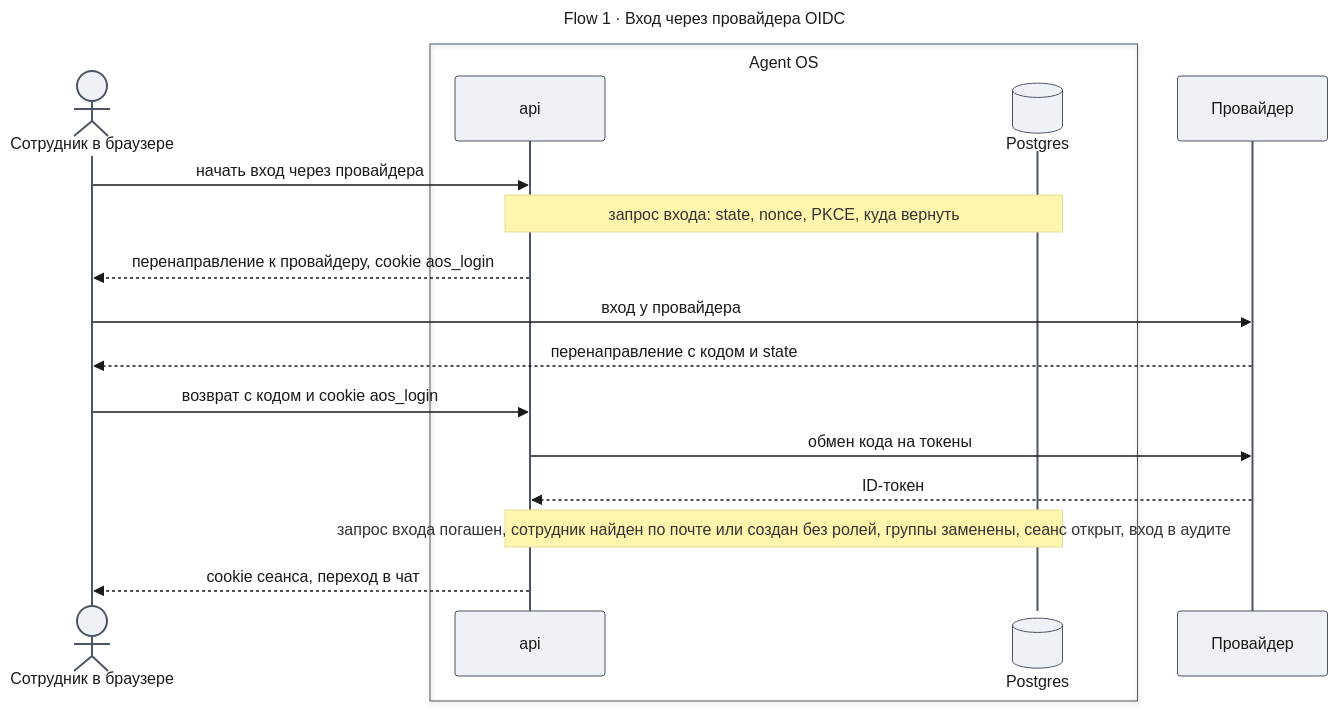
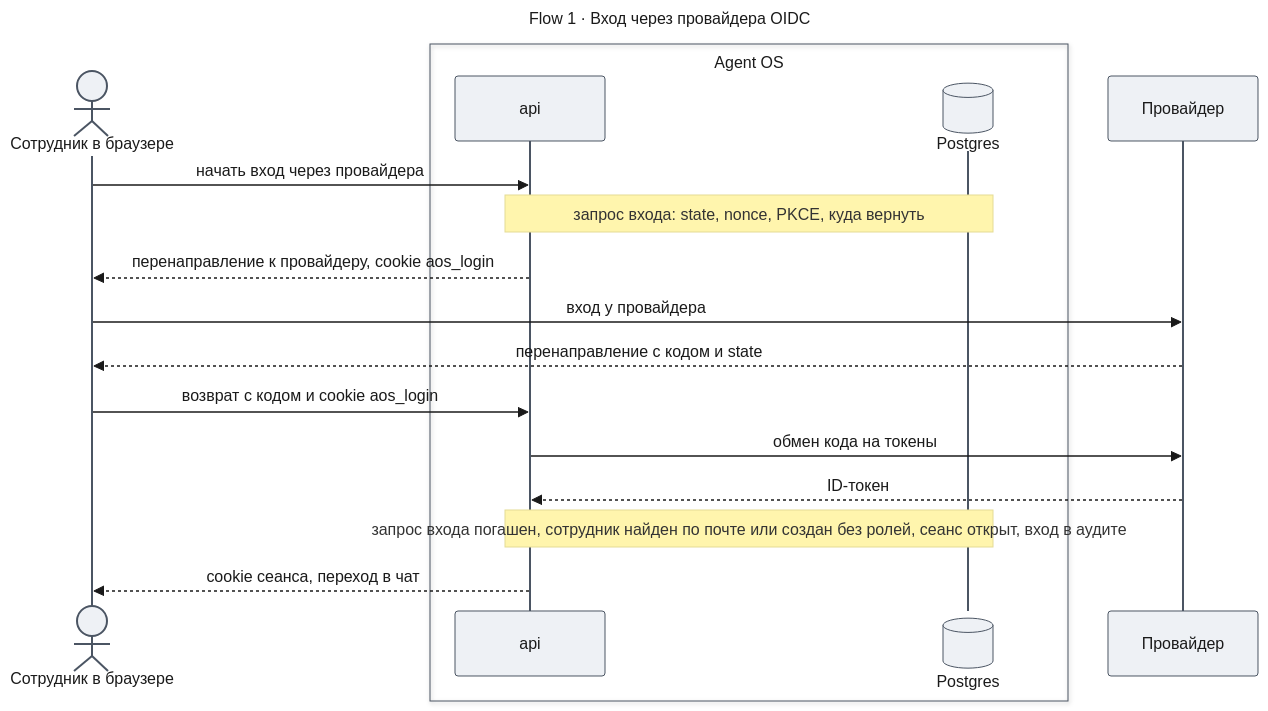
One commit to tundraray/agent-os changed the fifth of 8 diagrams in docs/features/enterprise-access/design-identity.md. Above: the diagram before and after it, drawn with Mermaid. The commit also changed other lines of this file and 1 other file, not shown here.

````diff
--- a/docs/features/enterprise-access/design-identity.md
+++ b/docs/features/enterprise-access/design-identity.md
@@ -506,41 +429,41 @@
 ```mermaid
 ---
 title: "Flow 1 · Вход через провайдера OIDC"
 config:
   theme: base
   look: classic
   themeVariables:
     primaryColor: "#eef1f5"
     primaryBorderColor: "#4b5563"
     primaryTextColor: "#1a1a1a"
     lineColor: "#6b7280"
   themeCSS: |
     @keyframes lit_f1{0%,11.25%{stroke:#991b1b;stroke-width:6px}12.5%,100%{stroke:#37474f;stroke-width:2px}}
     @keyframes litr_f1{0%,11.25%{stroke:#1d4ed8;stroke-width:6px}12.5%,100%{stroke:#37474f;stroke-width:2px}}
     .messageLine0[data-id='i0'],.messageLine1[data-id='i0']{animation:lit_f1 9.6s linear 0s infinite}
     .messageLine0[data-id='i2'],.messageLine1[data-id='i2']{animation:litr_f1 9.6s linear 1.2s infinite}
     .messageLine0[data-id='i3'],.messageLine1[data-id='i3']{animation:lit_f1 9.6s linear 2.4s infinite}
     .messageLine0[data-id='i4'],.messageLine1[data-id='i4']{animation:litr_f1 9.6s linear 3.6s infinite}
     .messageLine0[data-id='i5'],.messageLine1[data-id='i5']{animation:lit_f1 9.6s linear 4.8s infinite}
     .messageLine0[data-id='i6'],.messageLine1[data-id='i6']{animation:lit_f1 9.6s linear 6s infinite}
     .messageLine0[data-id='i7'],.messageLine1[data-id='i7']{animation:litr_f1 9.6s linear 7.2s infinite}
     .messageLine0[data-id='i9'],.messageLine1[data-id='i9']{animation:litr_f1 9.6s linear 8.4s infinite}
 ---
 sequenceDiagram
     actor U as Сотрудник в браузере
     box Agent OS
     participant A as api
     participant DB@{ "type": "database" } as Postgres
     end
     participant I as Провайдер
     U->>A: начать вход через провайдера
     Note over A,DB: запрос входа: state, nonce, PKCE, куда вернуть
     A-->>U: перенаправление к провайдеру, cookie aos_login
     U->>I: вход у провайдера
     I-->>U: перенаправление с кодом и state
     U->>A: возврат с кодом и cookie aos_login
     A->>I: обмен кода на токены
     I-->>A: ID-токен
-    Note over A,DB: запрос входа погашен, сотрудник найден по почте или создан без ролей, группы заменены, сеанс открыт, вход в аудите
+    Note over A,DB: запрос входа погашен, сотрудник найден по почте или создан без ролей, сеанс открыт, вход в аудите
     A-->>U: cookie сеанса, переход в чат
 ```
````
